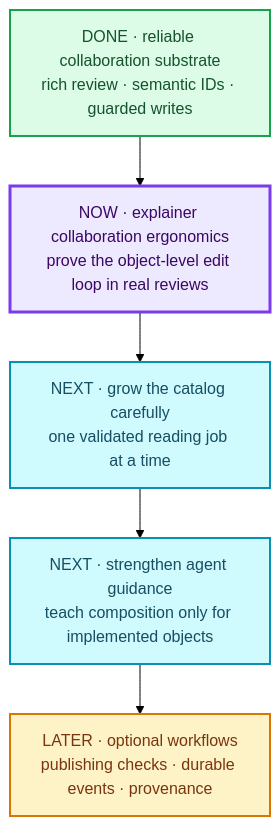
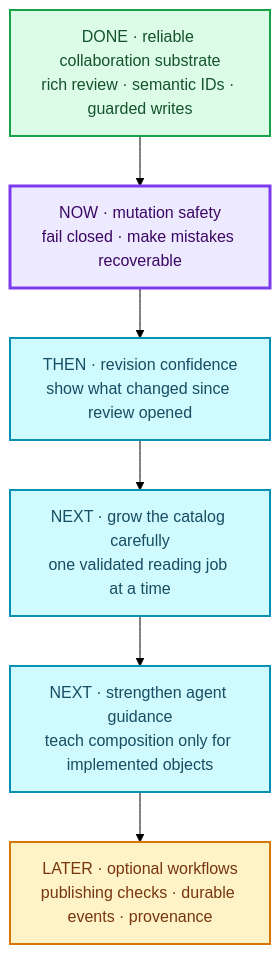
One commit to Zburatorul/mydraft changed the diagram in plans/roadmap.md. Above: the diagram before and after it, drawn with Mermaid (forest theme). The commit also changed other lines of this file and 11 other files, not shown here.

Commit message:
harden myd collaboration ergonomics

````diff
--- a/plans/roadmap.md
+++ b/plans/roadmap.md
@@ -10,18 +10,19 @@
 ```mermaid {#roadmap-flow}
 flowchart TB
   D["DONE · reliable collaboration substrate<br/>rich review · semantic IDs · guarded writes"]
-  N["NOW · explainer collaboration ergonomics<br/>prove the object-level edit loop in real reviews"]
+  N["NOW · mutation safety<br/>fail closed · make mistakes recoverable"]
+  R["THEN · revision confidence<br/>show what changed since review opened"]
   C["NEXT · grow the catalog carefully<br/>one validated reading job at a time"]
   G["NEXT · strengthen agent guidance<br/>teach composition only for implemented objects"]
   L["LATER · optional workflows<br/>publishing checks · durable events · provenance"]
-  D --> N --> C --> G --> L
+  D --> N --> R --> C --> G --> L
 
   classDef done fill:#dcfce7,stroke:#16a34a,color:#14532d,stroke-width:2px;
   classDef now fill:#ede9fe,stroke:#7c3aed,color:#3b0764,stroke-width:3px;
   classDef next fill:#cffafe,stroke:#0891b2,color:#164e63,stroke-width:2px;
   classDef later fill:#fef3c7,stroke:#d97706,color:#78350f,stroke-width:2px;
   class D done;
   class N now;
-  class C,G next;
+  class R,C,G next;
   class L later;
 ```
````
